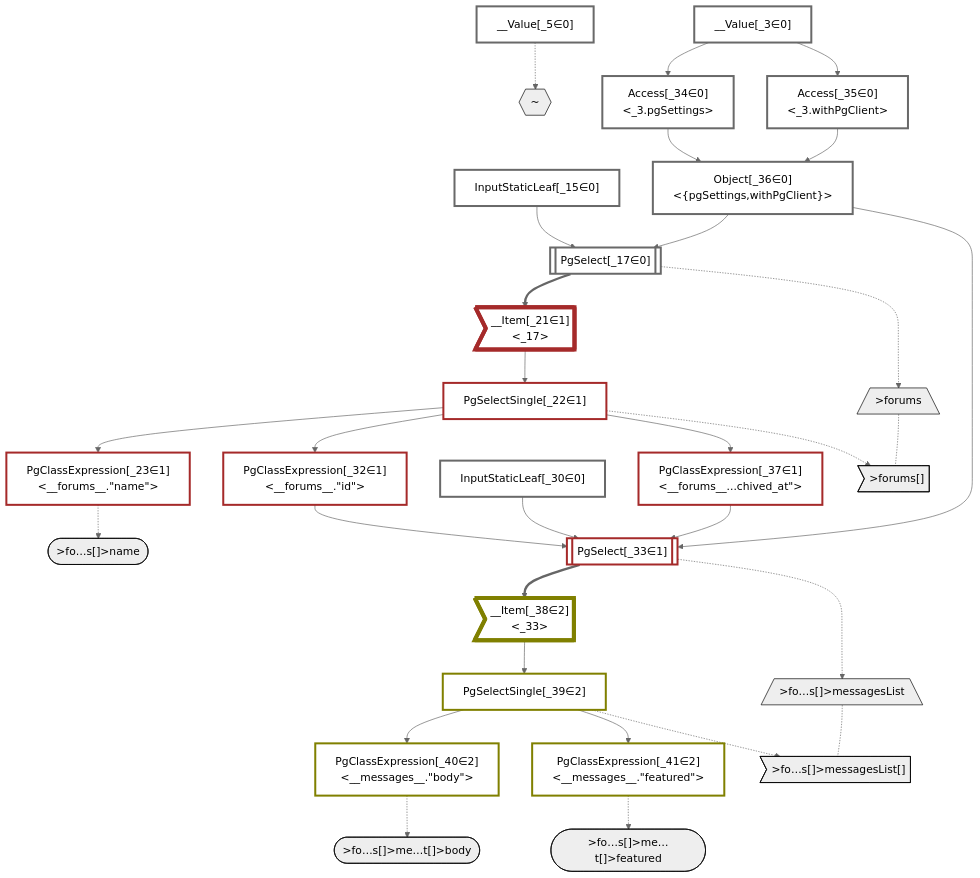
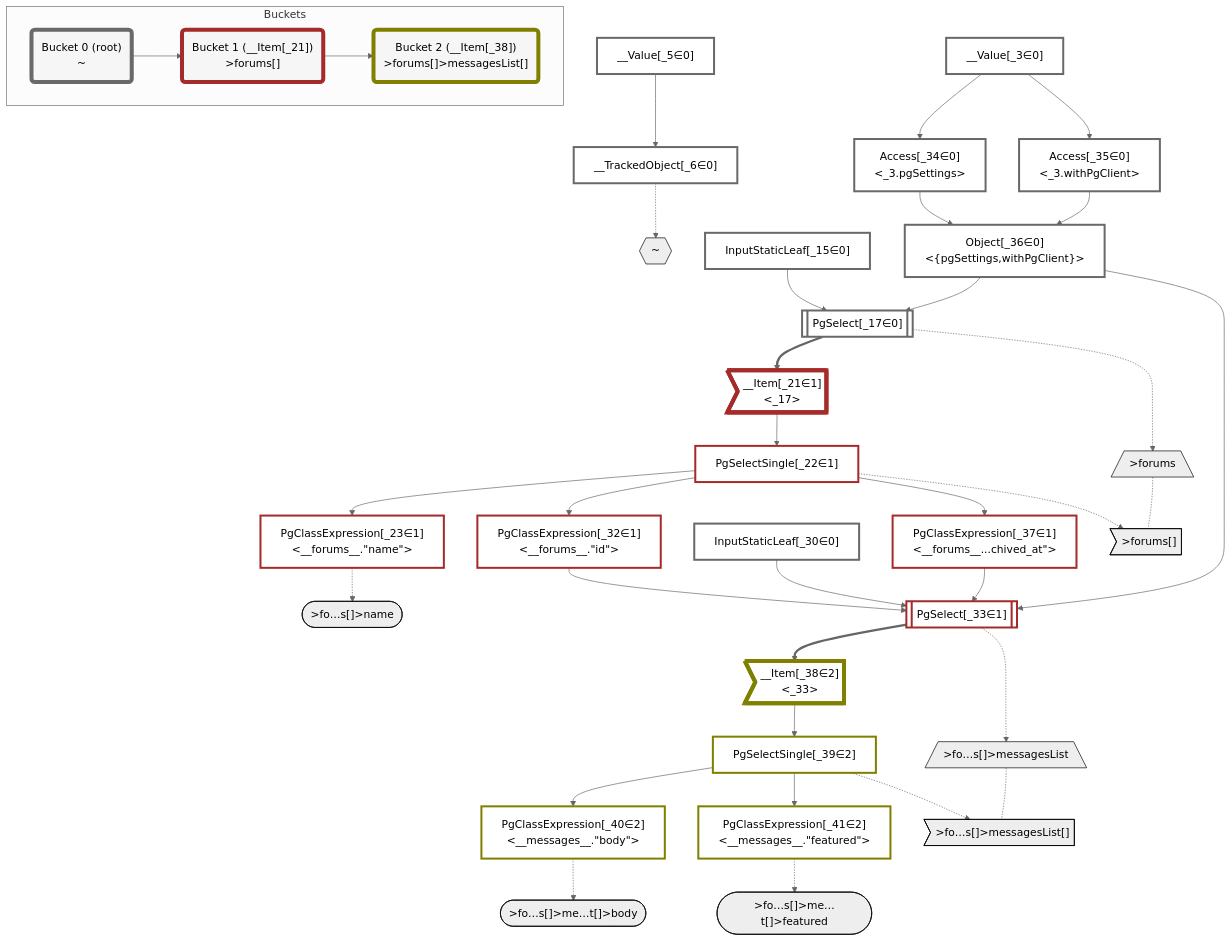
One commit to graphile/crystal changed the diagram in packages/dataplan-pg/__tests__/queries/conditions/complex-filter.deopt.mermaid.md. Above: the diagram before and after it, drawn with Mermaid (neutral theme). The commit also changed 195 other files, not shown here.

````diff
--- a/packages/dataplan-pg/__tests__/queries/conditions/complex-filter.deopt.mermaid.md
+++ b/packages/dataplan-pg/__tests__/queries/conditions/complex-filter.deopt.mermaid.md
@@ -4,6 +4,7 @@
     classDef plan fill:#fff,stroke-width:3px,color:#000
     classDef itemplan fill:#fff,stroke-width:6px,color:#000
     classDef sideeffectplan fill:#f00,stroke-width:6px,color:#000
+    classDef bucket fill:#f6f6f6,color:#000,stroke-width:6px
 
     %% subgraph fields
     P1{{"~"}}:::path
@@ -26,6 +27,7 @@
     %% define plans
     __Value_3["__Value[_3∈0]<br /><context>"]:::plan
     __Value_5["__Value[_5∈0]<br /><rootValue>"]:::plan
+    __TrackedObject_6["__TrackedObject[_6∈0]"]:::plan
     InputStaticLeaf_15["InputStaticLeaf[_15∈0]"]:::plan
     PgSelect_17[["PgSelect[_17∈0]<br /><forums>"]]:::plan
     __Item_21>"__Item[_21∈1]<br /><_17>"]:::itemplan
@@ -44,6 +46,7 @@
     PgClassExpression_41["PgClassExpression[_41∈2]<br /><__messages__.#quot;featured#quot;>"]:::plan
 
     %% plan dependencies
+    __Value_5 --> __TrackedObject_6
     Object_36 --> PgSelect_17
     InputStaticLeaf_15 --> PgSelect_17
     PgSelect_17 ==> __Item_21
@@ -65,7 +68,7 @@
     PgSelectSingle_39 --> PgClassExpression_41
 
     %% plan-to-path relationships
-    __Value_5 -.-> P1
+    __TrackedObject_6 -.-> P1
     PgSelect_17 -.-> P2
     PgSelectSingle_22 -.-> P3
     PgClassExpression_23 -.-> P4
@@ -76,9 +79,20 @@
 
     %% allocate buckets
     classDef bucket0 stroke:#696969
-    class __Value_3,__Value_5,InputStaticLeaf_15,PgSelect_17,InputStaticLeaf_30,Access_34,Access_35,Object_36 bucket0
+    class __Value_3,__Value_5,__TrackedObject_6,InputStaticLeaf_15,PgSelect_17,InputStaticLeaf_30,Access_34,Access_35,Object_36 bucket0
     classDef bucket1 stroke:#a52a2a
     class __Item_21,PgSelectSingle_22,PgClassExpression_23,PgClassExpression_32,PgSelect_33,PgClassExpression_37 bucket1
     classDef bucket2 stroke:#808000
     class __Item_38,PgSelectSingle_39,PgClassExpression_40,PgClassExpression_41 bucket2
+
+    subgraph Buckets
+    Bucket0("Bucket 0 (root)<br />~"):::bucket
+    style Bucket0 stroke:#696969
+    Bucket1("Bucket 1 (__Item[_21])<br />>forums[]"):::bucket
+    style Bucket1 stroke:#a52a2a
+    Bucket0 --> Bucket1
+    Bucket2("Bucket 2 (__Item[_38])<br />>forums[]>messagesList[]"):::bucket
+    style Bucket2 stroke:#808000
+    Bucket1 --> Bucket2
+    end
 ```
````
